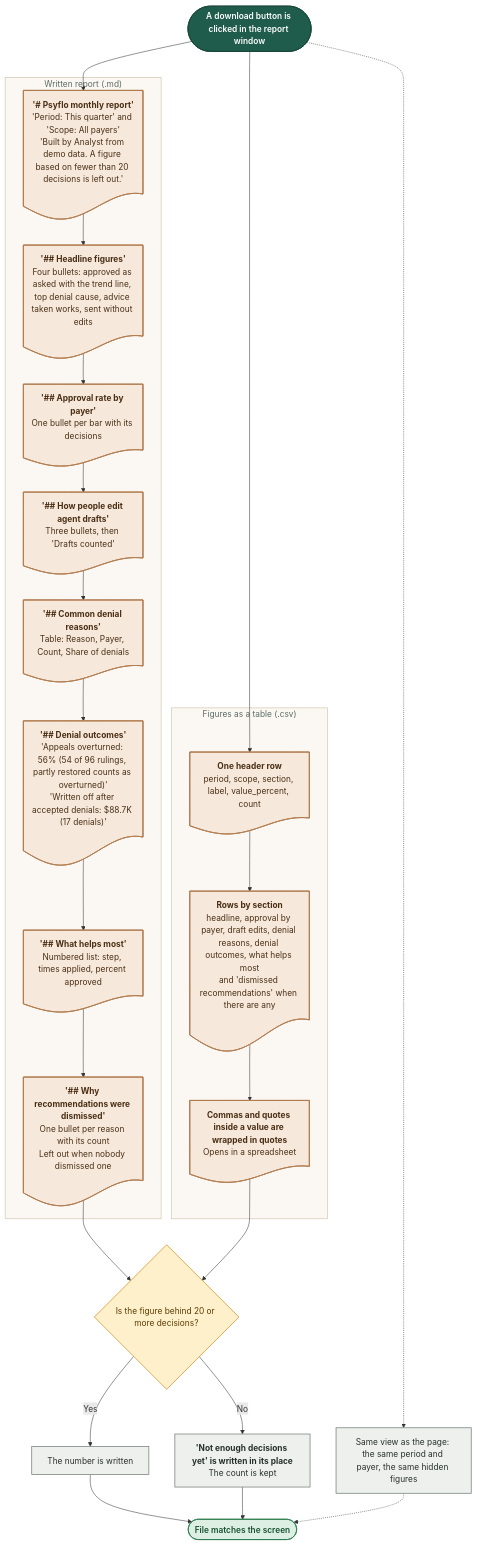
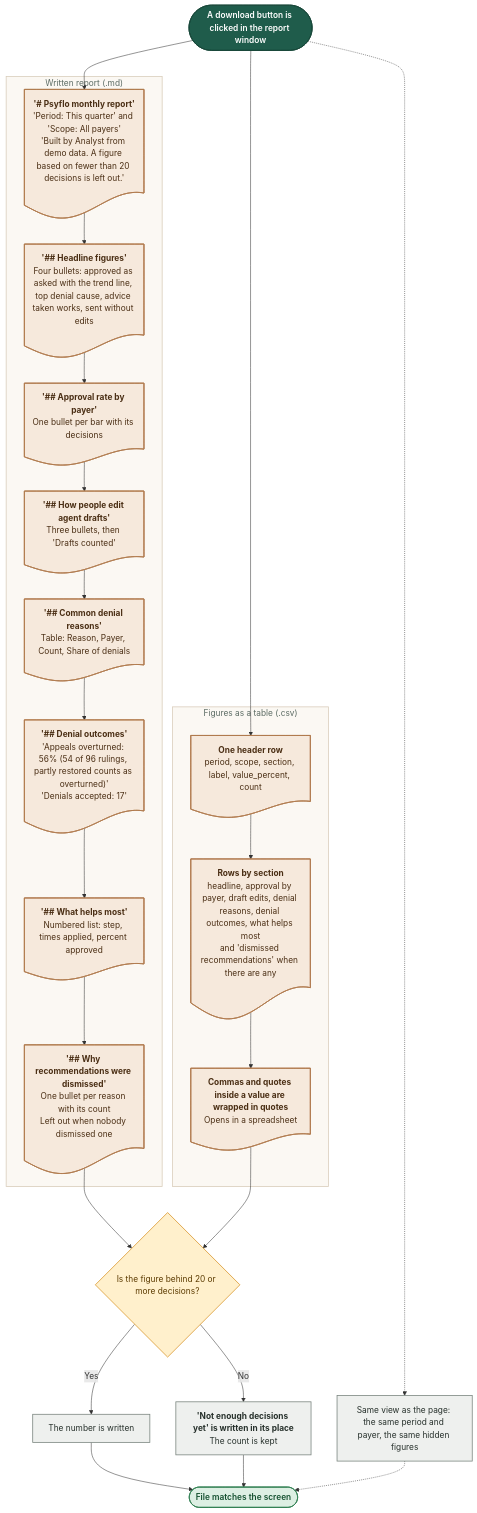
One commit to Shrav143/psyfloapp changed the diagram in demos/prior-auth-demo/workflows/out/mmd/08-analytics/32-report-files.mmd. Above: the diagram before and after it, drawn with Mermaid. The commit also changed 39 other files, not shown here.

First line of the commit message:
docs: appeal analysis report in the site map and README; rebuild the workflow diagrams (225)

```diff
--- a/demos/prior-auth-demo/workflows/out/mmd/08-analytics/32-report-files.mmd
+++ b/demos/prior-auth-demo/workflows/out/mmd/08-analytics/32-report-files.mmd
@@ -1,55 +1,55 @@
 %%{init: {"theme":"base","themeVariables":{"fontFamily":"'DM Sans', 'Segoe UI', system-ui, sans-serif","fontSize":"15px","lineColor":"#5B6B63","primaryTextColor":"#1C2B25","clusterBkg":"#FBF8F3","clusterBorder":"#D9CDBB","edgeLabelBackground":"#FFFFFF"},"flowchart":{"curve":"basis","nodeSpacing":36,"rankSpacing":48,"padding":12,"htmlLabels":true,"useMaxWidth":false,"wrappingWidth":230}} }%%
 flowchart TD
   classDef k_start fill:#1F5C4B,stroke:#174638,color:#FFFFFF,stroke-width:1.5px,font-weight:600
   classDef k_end fill:#DDEFE3,stroke:#2E7D4F,color:#14502F,stroke-width:1.5px,font-weight:600
   classDef k_endx fill:#FBE3E0,stroke:#C0392B,color:#7A1F16,stroke-width:1.5px,font-weight:600
   classDef k_screen fill:#FFFDF8,stroke:#1F5C4B,color:#1C2B25,stroke-width:2px
   classDef k_overlay fill:#F1F7F3,stroke:#1F5C4B,color:#1C2B25,stroke-width:2px,stroke-dasharray:5 3
   classDef k_click fill:#DCEBFA,stroke:#2F6DB5,color:#12365F,stroke-width:1.5px
   classDef k_input fill:#E4E7FF,stroke:#4C5FD5,color:#1D2670,stroke-width:1.5px
   classDef k_process fill:#EEF0EE,stroke:#7A857F,color:#26302B,stroke-width:1.5px
   classDef k_agent fill:#EEE5FA,stroke:#7A4FC2,color:#341A63,stroke-width:1.5px
   classDef k_decision fill:#FFF0CC,stroke:#D9962B,color:#5C3B00,stroke-width:1.5px
   classDef k_store fill:#D5F0EA,stroke:#1C8E7B,color:#0B4A3F,stroke-width:1.5px
   classDef k_doc fill:#F6E9DC,stroke:#B07A4C,color:#4A2E14,stroke-width:1.5px
   classDef k_ext fill:#FFE6D2,stroke:#E07B39,color:#6B2F06,stroke-width:1.5px
   classDef k_wait fill:#E4E8EE,stroke:#6B7C93,color:#26303D,stroke-width:1.5px
   classDef k_toast fill:#FFF9DB,stroke:#C9A400,color:#5A4A00,stroke-width:1.5px
   classDef k_goto fill:#FFFFFF,stroke:#1F5C4B,color:#1F5C4B,stroke-width:1.5px,stroke-dasharray:5 3
   s1@{ shape: stadium, label: "A download button is clicked in the report window" }
   subgraph gMd ["Written report (.md)"]
   m1@{ shape: doc, label: "<b>'# Psyflo monthly report'</b><br/>'Period: This quarter' and 'Scope: All payers'<br/>'Built by Analyst from demo data. A figure based on fewer than 20 decisions is left out.'" }
   m2@{ shape: doc, label: "<b>'## Headline figures'</b><br/>Four bullets: approved as asked with the trend line, top denial cause, advice taken works, sent without edits" }
   m3@{ shape: doc, label: "<b>'## Approval rate by payer'</b><br/>One bullet per bar with its decisions" }
   m4@{ shape: doc, label: "<b>'## How people edit agent drafts'</b><br/>Three bullets, then 'Drafts counted'" }
   m5@{ shape: doc, label: "<b>'## Common denial reasons'</b><br/>Table: Reason, Payer, Count, Share of denials" }
-  m7@{ shape: doc, label: "<b>'## Denial outcomes'</b><br/>'Appeals overturned: 56% (54 of 96 rulings, partly restored counts as overturned)'<br/>'Written off after accepted denials: $88.7K (17 denials)'" }
+  m7@{ shape: doc, label: "<b>'## Denial outcomes'</b><br/>'Appeals overturned: 56% (54 of 96 rulings, partly restored counts as overturned)'<br/>'Denials accepted: 17'" }
   m6@{ shape: doc, label: "<b>'## What helps most'</b><br/>Numbered list: step, times applied, percent approved" }
   m8@{ shape: doc, label: "<b>'## Why recommendations were dismissed'</b><br/>One bullet per reason with its count<br/>Left out when nobody dismissed one" }
   end
   subgraph gCsv ["Figures as a table (.csv)"]
   v1@{ shape: doc, label: "<b>One header row</b><br/>period, scope, section, label, value_percent, count" }
   v2@{ shape: doc, label: "<b>Rows by section</b><br/>headline, approval by payer, draft edits, denial reasons, denial outcomes, what helps most<br/>and 'dismissed recommendations' when there are any" }
   v3@{ shape: doc, label: "<b>Commas and quotes inside a value are wrapped in quotes</b><br/>Opens in a spreadsheet" }
   end
   q1@{ shape: diam, label: "Is the figure behind 20 or more decisions?" }
   p1@{ shape: rect, label: "The number is written" }
   p2@{ shape: rect, label: "<b>'Not enough decisions yet' is written in its place</b><br/>The count is kept" }
   p3@{ shape: rect, label: "Same view as the page: the same period and payer, the same hidden figures" }
   e1@{ shape: stadium, label: "File matches the screen" }
   s1 --> m1 & v1
   m1 --> m2 --> m3 --> m4 --> m5 --> m7 --> m6 --> m8
   v1 --> v2 --> v3
   m8 --> q1
   v3 --> q1
   q1 -->|"Yes"| p1 --> e1
   q1 -->|"No"| p2 --> e1
   s1 -.-> p3
   p3 -.-> e1
   class s1 k_start
   class m1,m2,m3,m4,m5,m7,m6,m8,v1,v2,v3 k_doc
   class q1 k_decision
   class p1,p2,p3 k_process
   class e1 k_end
   style gMd fill:#FBF8F3,stroke:#D9CDBB,stroke-width:1.5px,color:#5B6B63
   style gCsv fill:#FBF8F3,stroke:#D9CDBB,stroke-width:1.5px,color:#5B6B63
```
